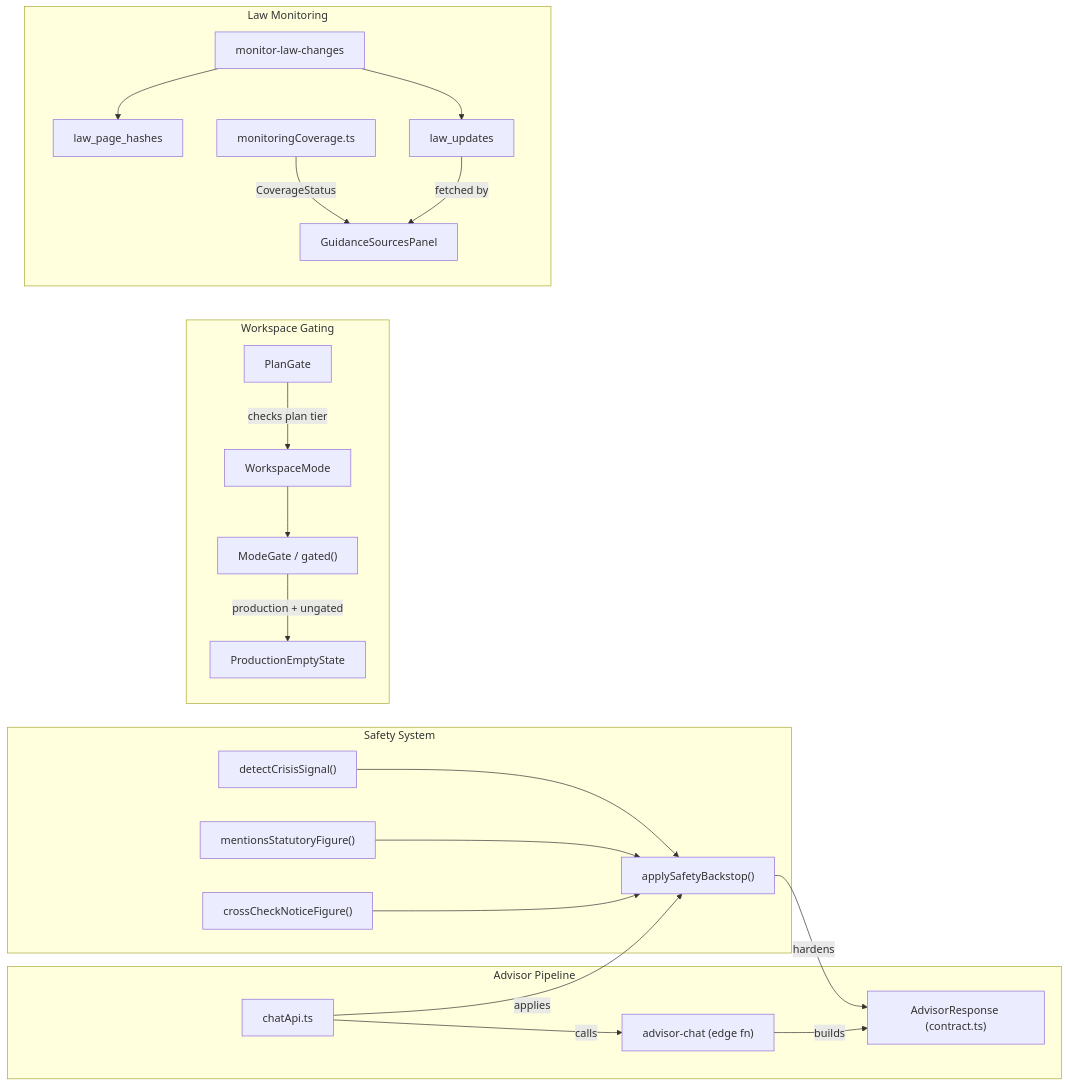
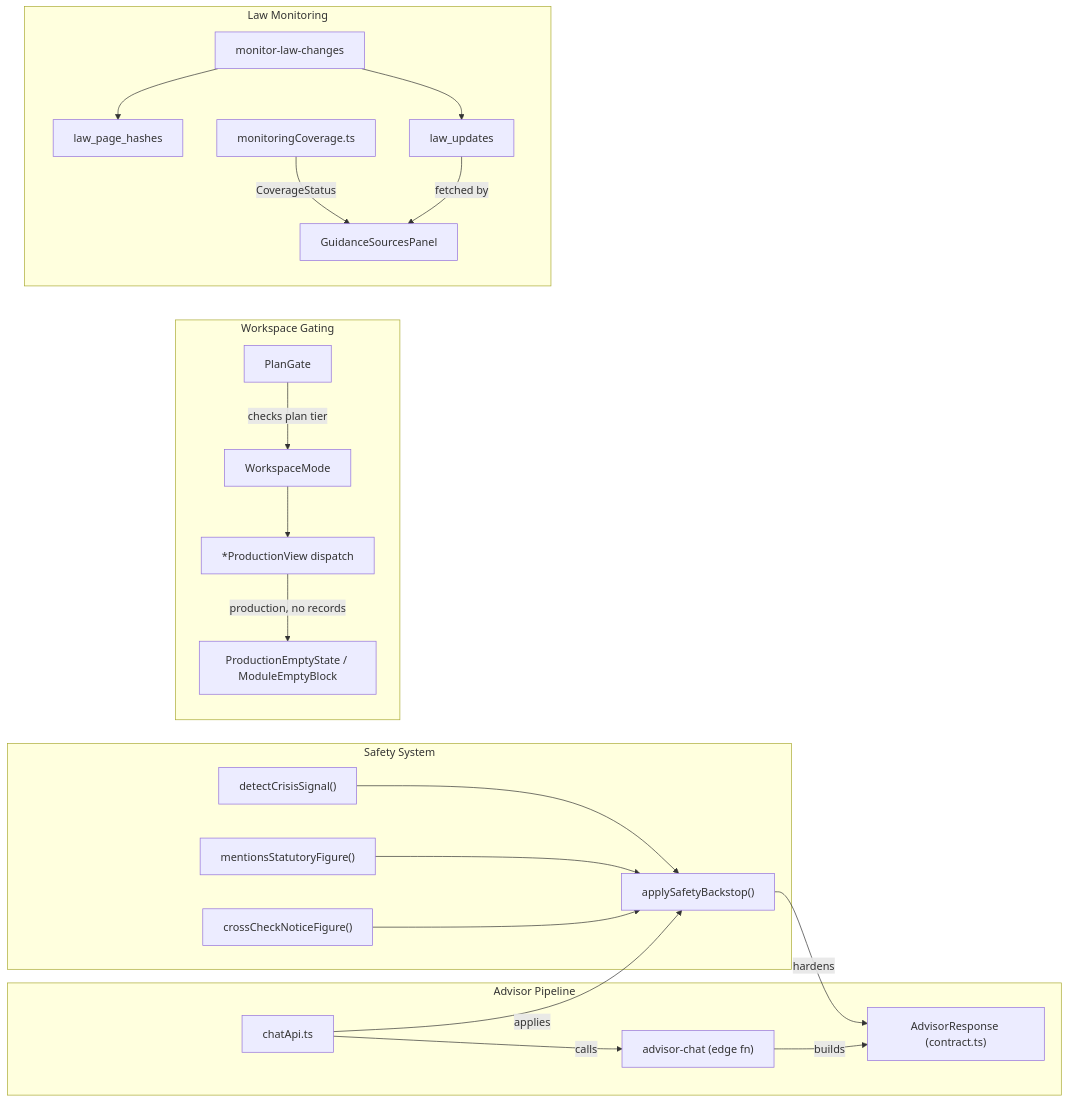
The third of 3 diagrams in docs/wiki/Glossary.md (Dutiva-Canada/Dutiva_Web), drawn with Mermaid before and after one commit. The commit also changed other lines of this file and 84 other files, not shown here.

````diff
--- a/docs/wiki/Glossary.md
+++ b/docs/wiki/Glossary.md
@@ -581,44 +579,44 @@
 ```mermaid
 graph LR
     subgraph "Safety System"
         CS["detectCrisisSignal()"]
         SB["applySafetyBackstop()"]
         SF["mentionsStatutoryFigure()"]
         SC["crossCheckNoticeFigure()"]
         CS --> SB
         SF --> SB
         SC --> SB
     end
 
     subgraph "Advisor Pipeline"
         AR["AdvisorResponse (contract.ts)"]
         AC["advisor-chat (edge fn)"]
         CA["chatApi.ts"]
         SB -->|"hardens"| AR
         AC -->|"builds"| AR
         CA -->|"calls"| AC
         CA -->|"applies"| SB
     end
 
     subgraph "Workspace Gating"
         WM2["WorkspaceMode"]
-        MG2["ModeGate / gated()"]
+        PV2["*ProductionView dispatch"]
         PG2["PlanGate"]
-        PE["ProductionEmptyState"]
-        WM2 --> MG2
-        MG2 -->|"production + ungated"| PE
+        PE["ProductionEmptyState / ModuleEmptyBlock"]
+        WM2 --> PV2
+        PV2 -->|"production, no records"| PE
         PG2 -->|"checks plan tier"| WM2
     end
 
     subgraph "Law Monitoring"
         LM["monitor-law-changes"]
         LPH["law_page_hashes"]
         LU["law_updates"]
         MC["monitoringCoverage.ts"]
         GSP["GuidanceSourcesPanel"]
         LM --> LPH
         LM --> LU
         MC -->|"CoverageStatus"| GSP
         LU -->|"fetched by"| GSP
     end
 ```
````
